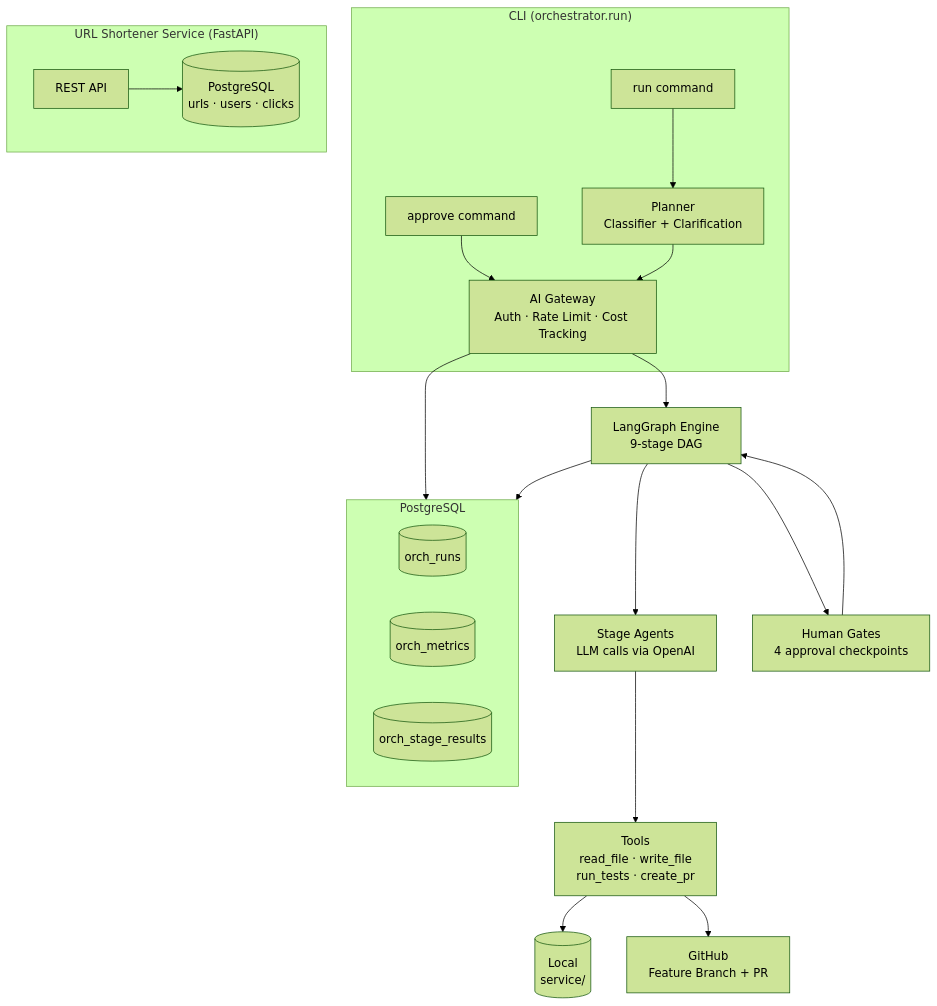
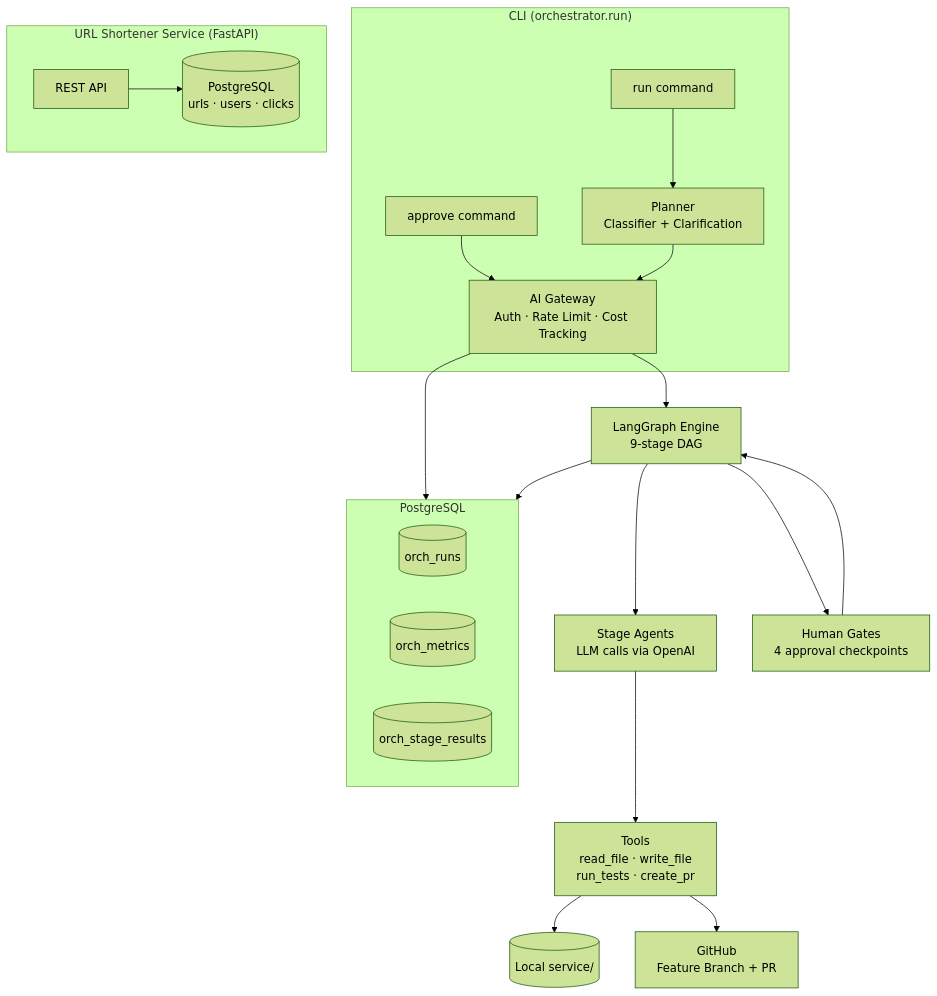
The diagram in docs/orchestrator-architecture.md (agentic-dev-projects/url-copilot), drawn with Mermaid (forest theme) before and after one commit. The commit also changed 5 other files, not shown here.

First line of the commit message:
fix: repair Mermaid diagrams broken on GitHub

````diff
--- a/docs/orchestrator-architecture.md
+++ b/docs/orchestrator-architecture.md
@@ -9,29 +9,29 @@
 ```mermaid
 graph TB
     subgraph CLI["CLI (orchestrator.run)"]
-        RUN[run command] --> PLAN[Planner\nClassifier + Clarification]
+        RUN[run command] --> PLAN["Planner<br/>Classifier + Clarification"]
         APR[approve command] --> GW
     end
 
-    PLAN --> GW[AI Gateway\nAuth · Rate Limit · Cost Tracking]
-    GW --> LG[LangGraph Engine\n9-stage DAG]
-    LG --> AGENTS[Stage Agents\nLLM calls via OpenAI]
-    AGENTS --> TOOLS[Tools\nread_file · write_file\nrun_tests · create_pr]
-    TOOLS --> FS[(Local\nservice/)]
-    TOOLS --> GH[GitHub\nFeature Branch + PR]
-    LG --> GATES[Human Gates\n4 approval checkpoints]
+    PLAN --> GW["AI Gateway<br/>Auth · Rate Limit · Cost Tracking"]
+    GW --> LG["LangGraph Engine<br/>9-stage DAG"]
+    LG --> AGENTS["Stage Agents<br/>LLM calls via OpenAI"]
+    AGENTS --> TOOLS["Tools<br/>read_file · write_file<br/>run_tests · create_pr"]
+    TOOLS --> FS[("Local service/")]
+    TOOLS --> GH["GitHub<br/>Feature Branch + PR"]
+    LG --> GATES["Human Gates<br/>4 approval checkpoints"]
     GATES --> LG
 
     subgraph DB["PostgreSQL"]
         OR[(orch_runs)]
         OM[(orch_metrics)]
         OSR[(orch_stage_results)]
     end
 
     GW --> DB
     LG --> DB
 
     subgraph SVC["URL Shortener Service (FastAPI)"]
-        API[REST API] --> SVC_DB[(PostgreSQL\nurls · users · clicks)]
+        API[REST API] --> SVC_DB[("PostgreSQL<br/>urls · users · clicks")]
     end
 ```
````
